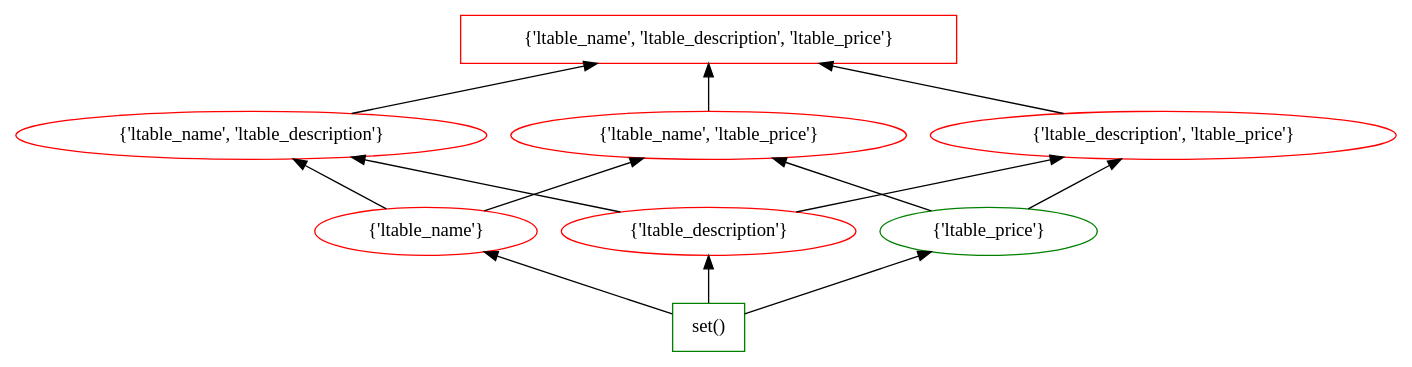
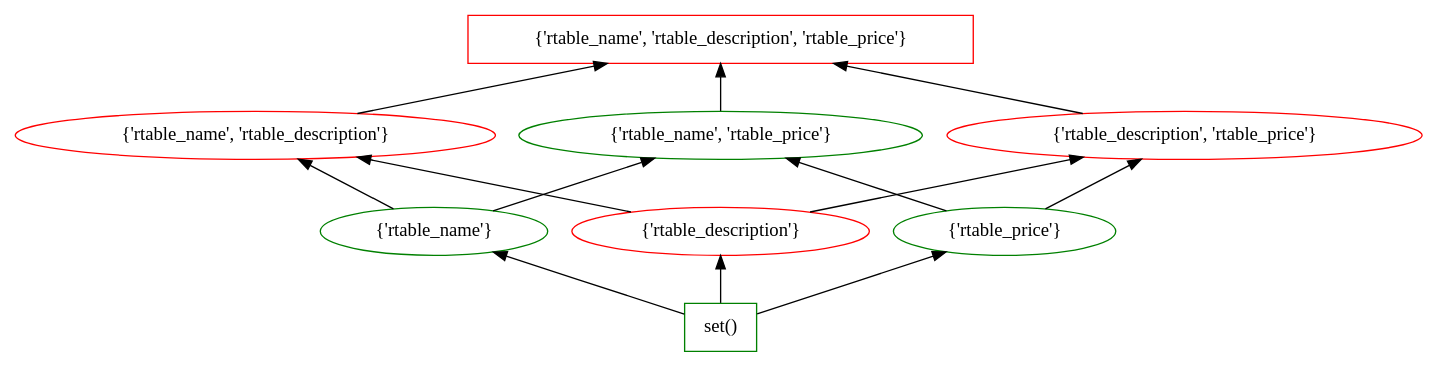
The diagram in data_new/AB/Ditto/0/lattice_9.dot (tteofili/certem), drawn with Graphviz before and after one commit. The commit also changed 1253 other files, not shown here.

```diff
--- a/data_new/AB/Ditto/0/lattice_9.dot
+++ b/data_new/AB/Ditto/0/lattice_9.dot
@@ -1,26 +1,26 @@
 digraph G {
 splines="line"
 rankdir=BT
-"{'ltable_name', 'ltable_description', 'ltable_price'}" [shape=box];
+"{'rtable_name', 'rtable_description', 'rtable_price'}" [shape=box];
 "set()" [shape=box];
 "set()" [color=green];
-"set()" -> "{'ltable_name'}";
-"set()" -> "{'ltable_description'}";
-"set()" -> "{'ltable_price'}";
-"{'ltable_name'}" [color=red];
-"{'ltable_name'}" -> "{'ltable_name', 'ltable_description'}";
-"{'ltable_name'}" -> "{'ltable_name', 'ltable_price'}";
-"{'ltable_description'}" [color=red];
-"{'ltable_description'}" -> "{'ltable_name', 'ltable_description'}";
-"{'ltable_description'}" -> "{'ltable_description', 'ltable_price'}";
-"{'ltable_price'}" [color=green];
-"{'ltable_price'}" -> "{'ltable_name', 'ltable_price'}";
-"{'ltable_price'}" -> "{'ltable_description', 'ltable_price'}";
-"{'ltable_name', 'ltable_description'}" [color=red];
-"{'ltable_name', 'ltable_description'}" -> "{'ltable_name', 'ltable_description', 'ltable_price'}";
-"{'ltable_name', 'ltable_price'}" [color=red];
-"{'ltable_name', 'ltable_price'}" -> "{'ltable_name', 'ltable_description', 'ltable_price'}";
-"{'ltable_description', 'ltable_price'}" [color=red];
-"{'ltable_description', 'ltable_price'}" -> "{'ltable_name', 'ltable_description', 'ltable_price'}";
-"{'ltable_name', 'ltable_description', 'ltable_price'}" [color=red];
+"set()" -> "{'rtable_name'}";
+"set()" -> "{'rtable_description'}";
+"set()" -> "{'rtable_price'}";
+"{'rtable_name'}" [color=green];
+"{'rtable_name'}" -> "{'rtable_name', 'rtable_description'}";
+"{'rtable_name'}" -> "{'rtable_name', 'rtable_price'}";
+"{'rtable_description'}" [color=red];
+"{'rtable_description'}" -> "{'rtable_name', 'rtable_description'}";
+"{'rtable_description'}" -> "{'rtable_description', 'rtable_price'}";
+"{'rtable_price'}" [color=green];
+"{'rtable_price'}" -> "{'rtable_name', 'rtable_price'}";
+"{'rtable_price'}" -> "{'rtable_description', 'rtable_price'}";
+"{'rtable_name', 'rtable_description'}" [color=red];
+"{'rtable_name', 'rtable_description'}" -> "{'rtable_name', 'rtable_description', 'rtable_price'}";
+"{'rtable_name', 'rtable_price'}" [color=green];
+"{'rtable_name', 'rtable_price'}" -> "{'rtable_name', 'rtable_description', 'rtable_price'}";
+"{'rtable_description', 'rtable_price'}" [color=red];
+"{'rtable_description', 'rtable_price'}" -> "{'rtable_name', 'rtable_description', 'rtable_price'}";
+"{'rtable_name', 'rtable_description', 'rtable_price'}" [color=red];
 }
```
